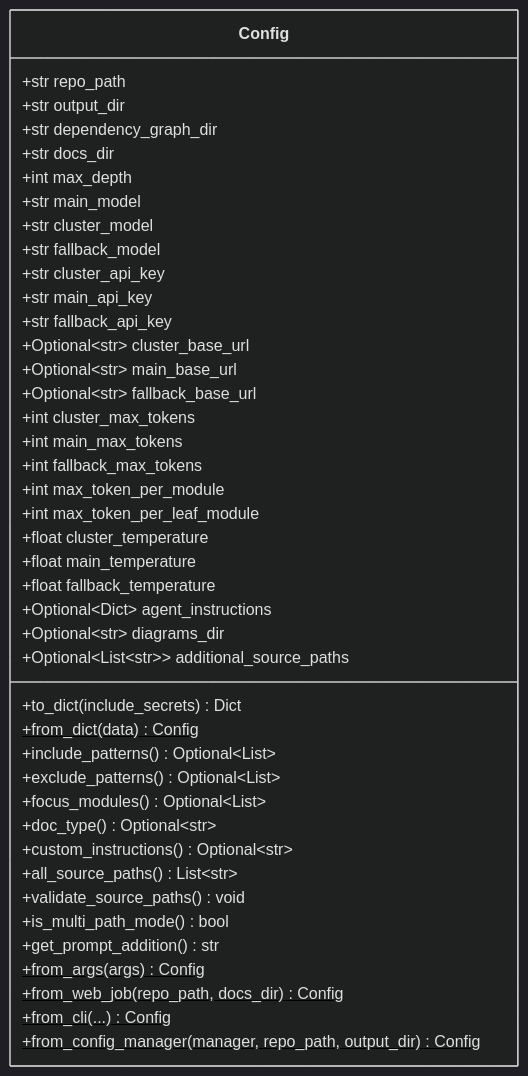
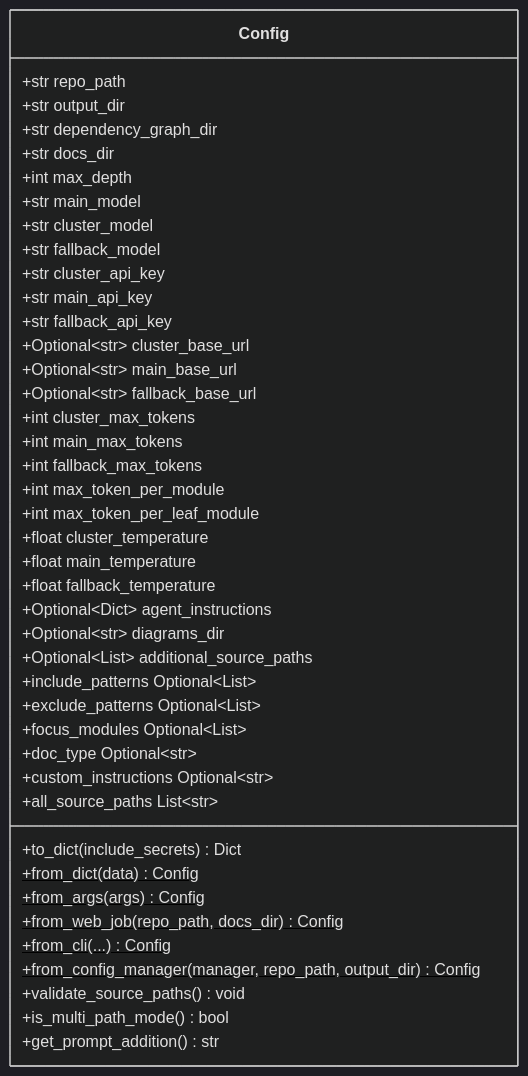
Before and after one commit to flamingo-stack/CodeWiki: the diagram in docs/diagrams/architecture/config-core.mmd, drawn with Mermaid (dark theme). The commit also changed 275 other files, not shown here.

```diff
--- a/docs/diagrams/architecture/config-core.mmd
+++ b/docs/diagrams/architecture/config-core.mmd
@@ -1,43 +1,43 @@
 classDiagram
     class Config {
         +str repo_path
         +str output_dir
         +str dependency_graph_dir
         +str docs_dir
         +int max_depth
         +str main_model
         +str cluster_model
         +str fallback_model
         +str cluster_api_key
         +str main_api_key
         +str fallback_api_key
         +Optional~str~ cluster_base_url
         +Optional~str~ main_base_url
         +Optional~str~ fallback_base_url
         +int cluster_max_tokens
         +int main_max_tokens
         +int fallback_max_tokens
         +int max_token_per_module
         +int max_token_per_leaf_module
         +float cluster_temperature
         +float main_temperature
         +float fallback_temperature
         +Optional~Dict~ agent_instructions
         +Optional~str~ diagrams_dir
-        +Optional~List~str~~ additional_source_paths
+        +Optional~List~ additional_source_paths
         +to_dict(include_secrets) Dict
         +from_dict(data)$ Config
-        +include_patterns() Optional~List~
-        +exclude_patterns() Optional~List~
-        +focus_modules() Optional~List~
-        +doc_type() Optional~str~
-        +custom_instructions() Optional~str~
-        +all_source_paths() List~str~
-        +validate_source_paths() void
-        +is_multi_path_mode() bool
-        +get_prompt_addition() str
         +from_args(args)$ Config
         +from_web_job(repo_path, docs_dir)$ Config
         +from_cli(...)$ Config
         +from_config_manager(manager, repo_path, output_dir)$ Config
+        +validate_source_paths() void
+        +is_multi_path_mode() bool
+        +get_prompt_addition() str
+        +include_patterns Optional~List~
+        +exclude_patterns Optional~List~
+        +focus_modules Optional~List~
+        +doc_type Optional~str~
+        +custom_instructions Optional~str~
+        +all_source_paths List~str~
     }
```
